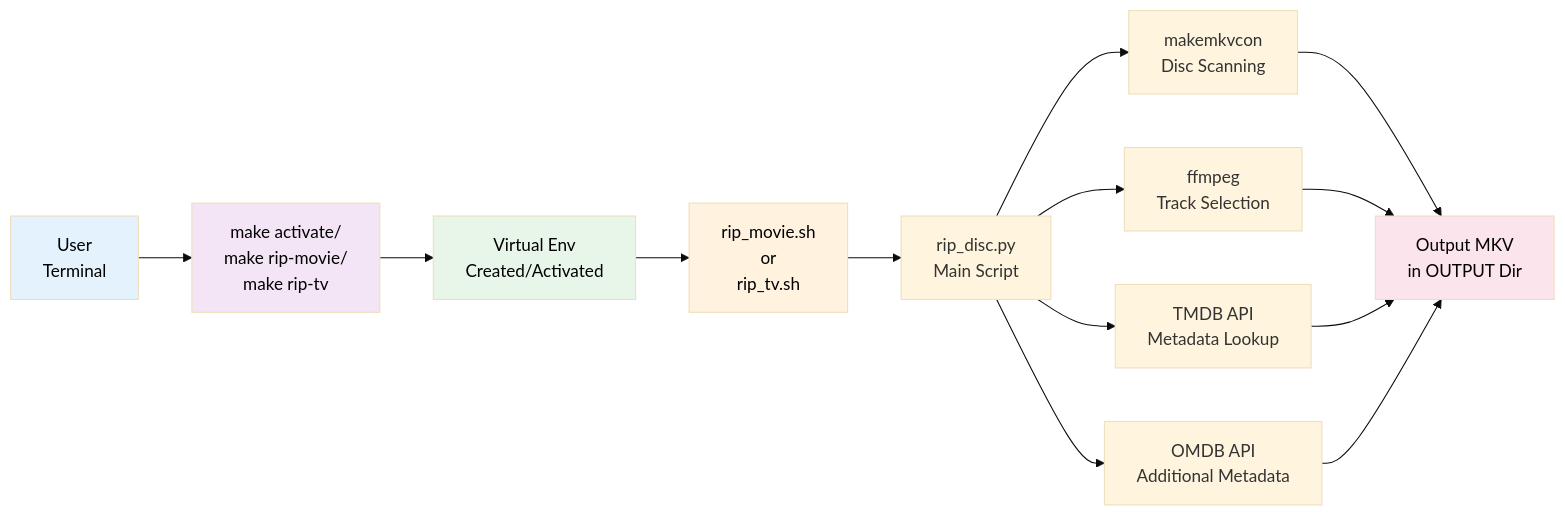
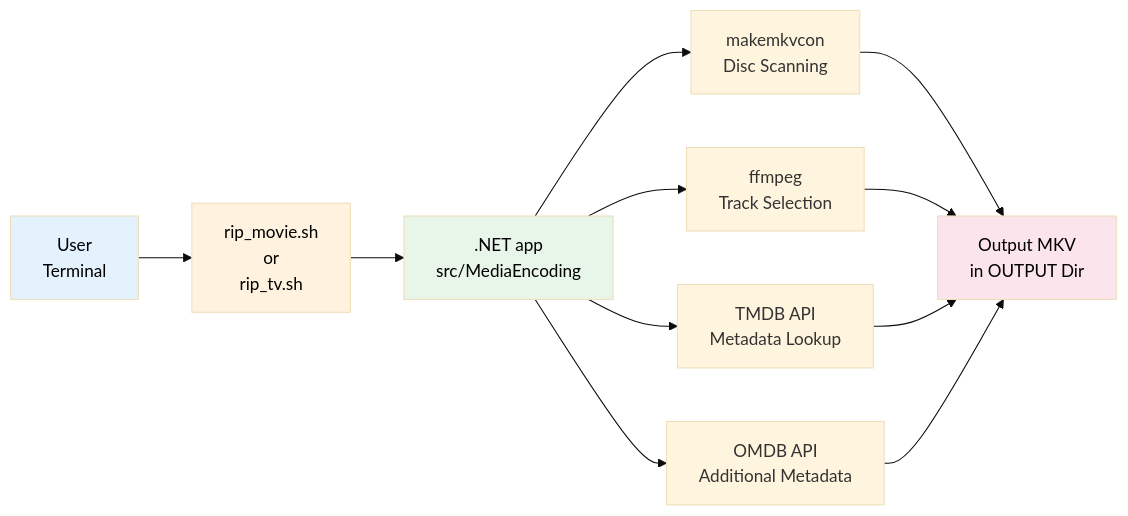
One commit to mapitman/media-encoding changed the second of 3 diagrams in README.md. Above: the diagram before and after it, drawn with Mermaid (base theme). The commit also changed other lines of this file, not shown here.

First line of the commit message:
Update README for .NET app workflow

````diff
--- a/README.md
+++ b/README.md
@@ -356,21 +325,18 @@
 ```mermaid
 flowchart LR
-    User["User<br/>Terminal"] --> Make["make activate/<br/>make rip-movie/<br/>make rip-tv"]
-    Make --> Venv["Virtual Env<br/>Created/Activated"]
-    Venv --> Script["rip_movie.sh<br/>or<br/>rip_tv.sh"]
-    Script --> Disc["rip_disc.py<br/>Main Script"]
-    Disc --> MakeMKV["makemkvcon<br/>Disc Scanning"]
-    Disc --> FFmpeg["ffmpeg<br/>Track Selection"]
-    Disc --> TMDB["TMDB API<br/>Metadata Lookup"]
-    Disc --> OMDB["OMDB API<br/>Additional Metadata"]
-    MakeMKV --> Output["Output MKV<br/>in OUTPUT Dir"]
-    FFmpeg --> Output
-    TMDB --> Output
-    OMDB --> Output
+   User["User<br/>Terminal"] --> Script["rip_movie.sh<br/>or<br/>rip_tv.sh"]
+   Script --> App[".NET app<br/>src/MediaEncoding"]
+   App --> MakeMKV["makemkvcon<br/>Disc Scanning"]
+   App --> FFmpeg["ffmpeg<br/>Track Selection"]
+   App --> TMDB["TMDB API<br/>Metadata Lookup"]
+   App --> OMDB["OMDB API<br/>Additional Metadata"]
+   MakeMKV --> Output["Output MKV<br/>in OUTPUT Dir"]
+   FFmpeg --> Output
+   TMDB --> Output
+   OMDB --> Output
     
-    style User fill:#e3f2fd,color:#000
-    style Make fill:#f3e5f5,color:#000
-    style Venv fill:#e8f5e9,color:#000
-    style Script fill:#fff3e0,color:#000
-    style Output fill:#fce4ec,color:#000
+   style User fill:#e3f2fd,color:#000
+   style Script fill:#fff3e0,color:#000
+   style App fill:#e8f5e9,color:#000
+   style Output fill:#fce4ec,color:#000
 ```
````
